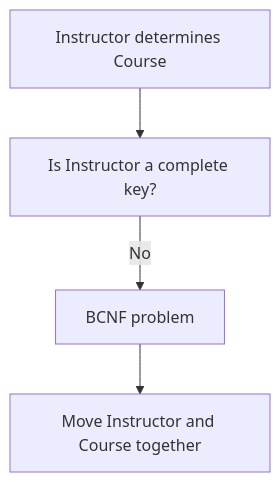
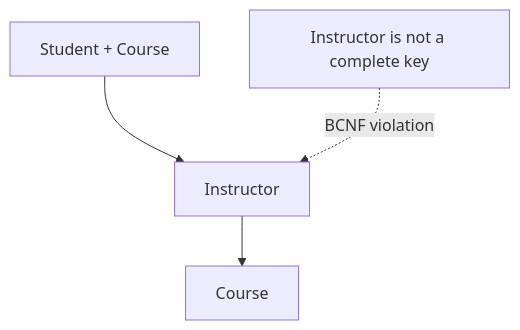
One commit to pentoshi007/prep changed the seventh of 14 diagrams in DBMS/norm.md. Above: the diagram before and after it, drawn with Mermaid. The commit also changed other lines of this file, not shown here.

````diff
--- a/DBMS/norm.md
+++ b/DBMS/norm.md
@@ -320,6 +535,6 @@
 ```mermaid
 flowchart TD
-    A[Instructor determines Course] --> B[Is Instructor a complete key?]
-    B -->|No| C[BCNF problem]
-    C --> D[Move Instructor and Course together]
+    A[Student + Course] --> B[Instructor]
+    B --> C[Course]
+    D[Instructor is not a complete key] -. BCNF violation .-> B
 ```
````
